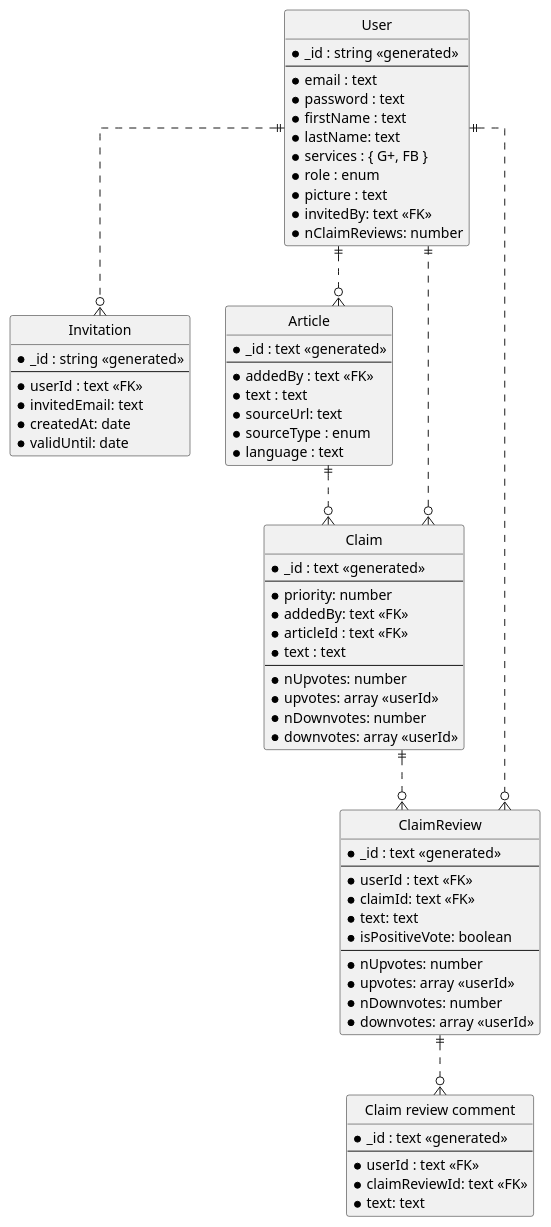
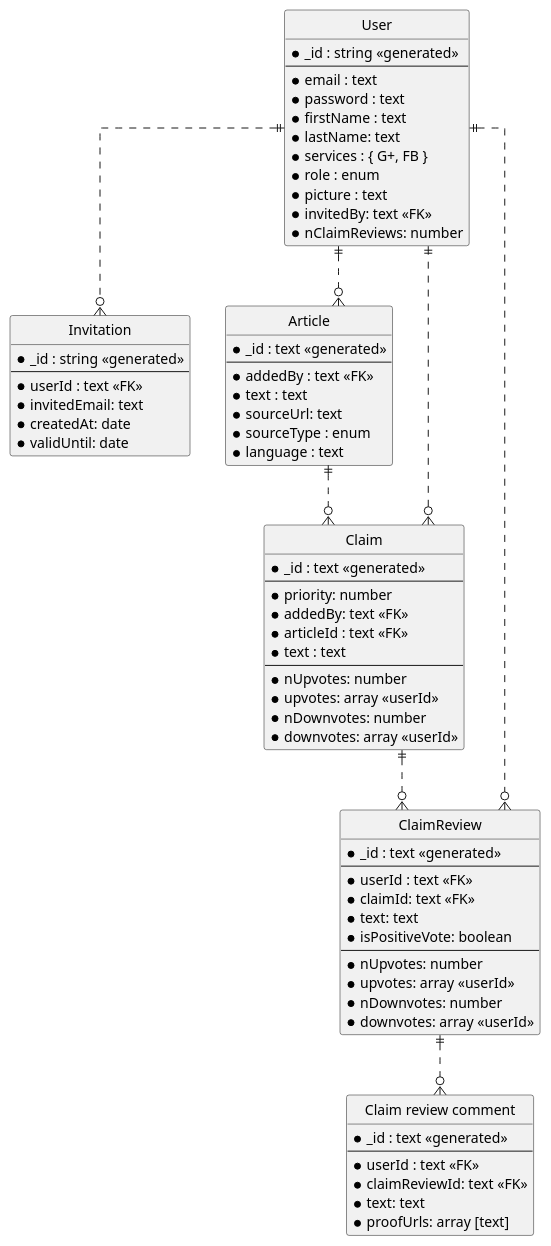
The diagram in sys_docs/entity_relations.puml (aic-factcheck/fact_checking_be), drawn with PlantUML before and after one commit. The commit also changed 2 other files, not shown here.

```diff
--- a/sys_docs/entity_relations.puml
+++ b/sys_docs/entity_relations.puml
@@ -1,84 +1,85 @@
 @startuml
 ' hide the spot
 hide circle
 
 ' avoid problems with angled crows feet
 skinparam linetype ortho
 
 entity "User" as user {
   *_id : string <<generated>>
   --
   *email : text
   *password : text
   *firstName : text
   *lastName: text
   *services : { G+, FB }
   *role : enum
   *picture : text
   *invitedBy: text <<FK>>
   *nClaimReviews: number
 }
 
 entity "Invitation" as inv {
   *_id : string <<generated>>
   --
   *userId : text <<FK>>
   *invitedEmail: text
   *createdAt: date
   *validUntil: date
 }
 
 entity "Article" as article {
   *_id : text <<generated>>
   --
   *addedBy : text <<FK>>
   *text : text
   *sourceUrl: text
   *sourceType : enum
   *language : text
 }
 
 entity "Claim" as claim {
   *_id : text <<generated>>
   --
   *priority: number
   *addedBy: text <<FK>>
   *articleId : text <<FK>>
   *text : text
   --
   *nUpvotes: number
   *upvotes: array <<userId>>
   *nDownvotes: number
   *downvotes: array <<userId>>
 }
 
 entity "ClaimReview" as claimReview {
   *_id : text <<generated>>
   --
   *userId : text <<FK>>
   *claimId: text <<FK>>
   *text: text
   *isPositiveVote: boolean
   --
   *nUpvotes: number
   *upvotes: array <<userId>>
   *nDownvotes: number
   *downvotes: array <<userId>>
 }
 
 entity "Claim review comment" as claimReviewComment {
   *_id : text <<generated>>
   --
   *userId : text <<FK>>
   *claimReviewId: text <<FK>>
   *text: text
+  *proofUrls: array [text] 
 }
 
 user ||..o{ article
 user ||..o{ inv
 article ||..o{ claim
 user ||..o{ claimReview
 claim ||..o{ claimReview
 claim }o..|| user
 claimReview ||..o{ claimReviewComment
 @enduml
```
